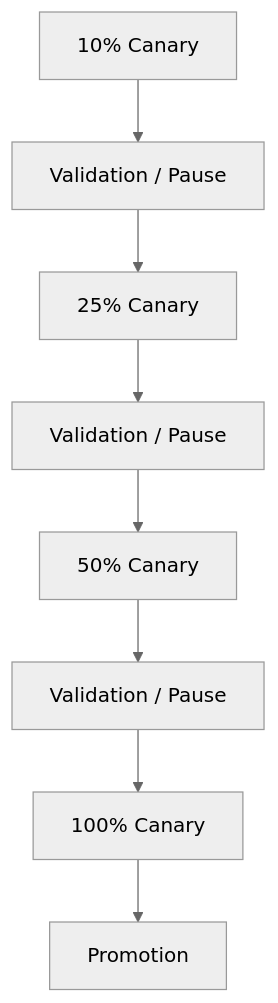
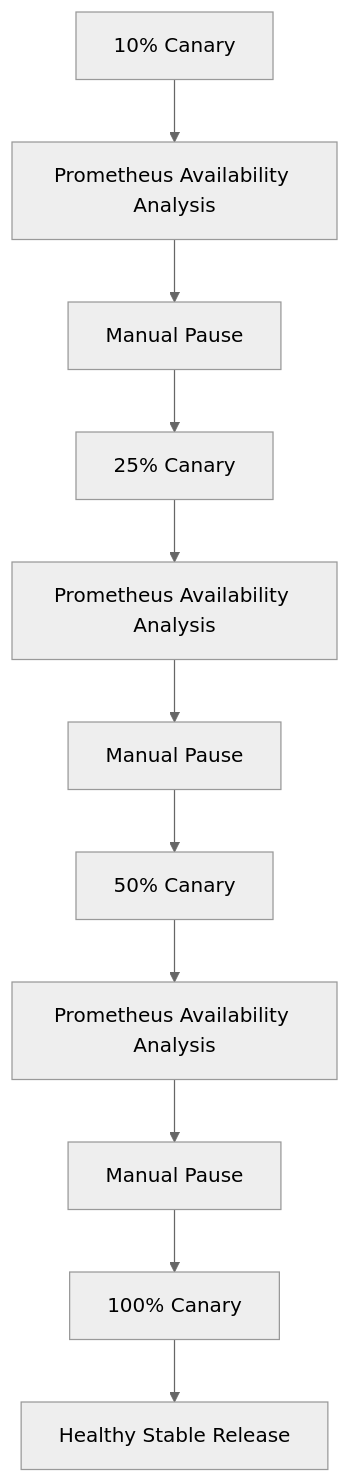
The second of 35 diagrams in docs/04-progressive-delivery/README.md (ahmed-sayed-devops/microservices-platform-gitops), drawn with Mermaid (neutral theme) before and after one commit. The commit also changed other lines of this file and 13 other files, not shown here.

Commit message:
docs: update progressive delivery and platform architecture

````diff
--- a/docs/04-progressive-delivery/README.md
+++ b/docs/04-progressive-delivery/README.md
@@ -160,10 +178,17 @@
 ```mermaid
 graph TD
-    A["10% Canary"] --> B["Validation / Pause"]
-    B --> C["25% Canary"]
-    C --> D["Validation / Pause"]
-    D --> E["50% Canary"]
-    E --> F["Validation / Pause"]
-    F --> G["100% Canary"]
-    G --> H["Promotion"]
+
+    A["10% Canary"] --> B["Prometheus Availability Analysis"]
+    B --> C["Manual Pause"]
+
+    C --> D["25% Canary"]
+    D --> E["Prometheus Availability Analysis"]
+    E --> F["Manual Pause"]
+
+    F --> G["50% Canary"]
+    G --> H["Prometheus Availability Analysis"]
+    H --> I["Manual Pause"]
+
+    I --> J["100% Canary"]
+    J --> K["Healthy Stable Release"]
 ```
````
